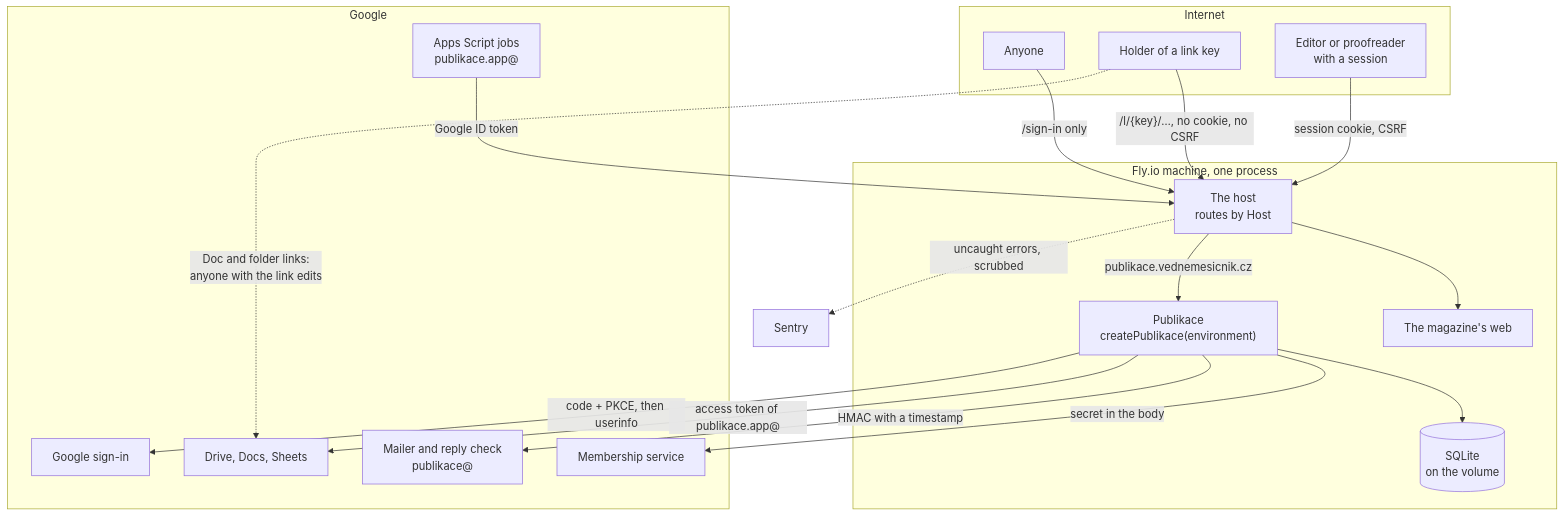
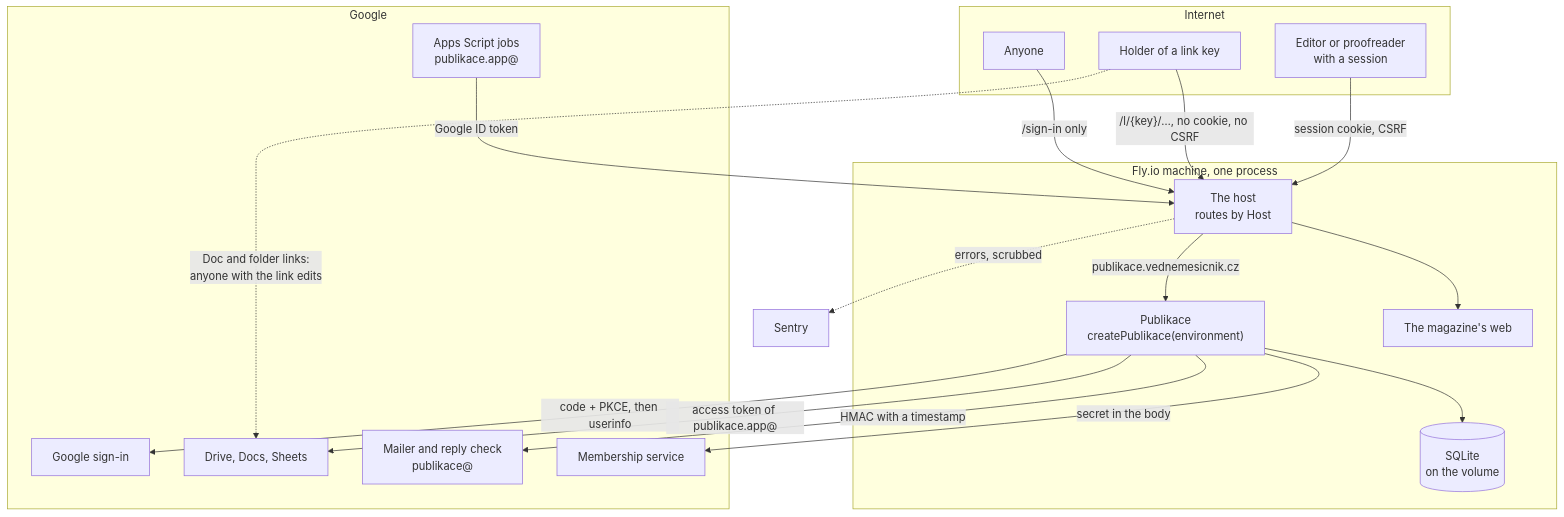
Before and after one commit to vednemesicnik/cz.vednemesicnik: the diagram in apps/publikace/docs/security.md, drawn with Mermaid. The commit also changed other lines of this file and 26 other files, not shown here.

First line of the commit message:
fix(publikace): report Publikace's errors to Sentry through the host (#1103)

````diff
--- a/apps/publikace/docs/security.md
+++ b/apps/publikace/docs/security.md
@@ -23,35 +23,35 @@
 ```mermaid
 flowchart TB
   subgraph Internet
     ANON["Anyone"]
     LINK["Holder of a link key"]
     USER["Editor or proofreader<br/>with a session"]
   end
   subgraph Host["Fly.io machine, one process"]
     HOST["The host<br/>routes by Host"]
     APP["Publikace<br/>createPublikace(environment)"]
     WEB["The magazine's web"]
     DB[("SQLite<br/>on the volume")]
   end
   SENTRY["Sentry"]
   subgraph Google["Google"]
     OAUTH["Google sign-in"]
     API["Drive, Docs, Sheets"]
     JOBS["Apps Script jobs<br/>publikace.app@"]
     MAIL["Mailer and reply check<br/>publikace@"]
     GM["Membership service"]
   end
   ANON -- "/sign-in only" --> HOST
   LINK -- "/l/{key}/…, no cookie, no CSRF" --> HOST
   USER -- "session cookie, CSRF" --> HOST
   JOBS -- "Google ID token" --> HOST
   HOST -- "publikace.vednemesicnik.cz" --> APP
   HOST --> WEB
-  HOST -. "uncaught errors, scrubbed" .-> SENTRY
+  HOST -. "errors, scrubbed" .-> SENTRY
   APP --> DB
   APP -- "code + PKCE, then userinfo" --> OAUTH
   APP -- "access token of publikace.app@" --> API
   APP -- "HMAC with a timestamp" --> MAIL
   APP -- "secret in the body" --> GM
   LINK -. "Doc and folder links:<br/>anyone with the link edits" .-> API
 ```
````
